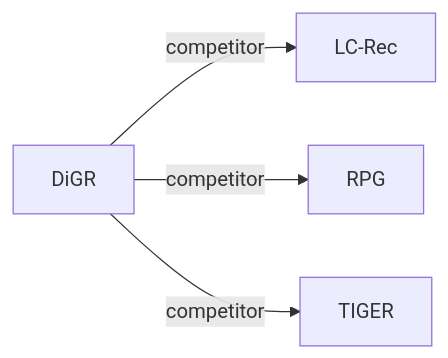
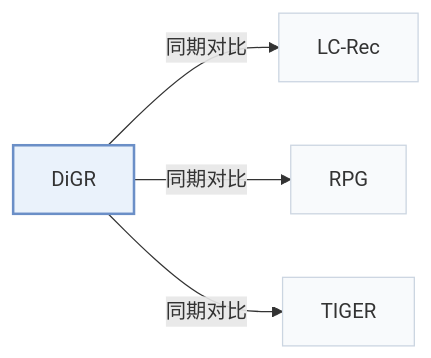
The second of 2 diagrams in pages/zh/papers/digr.md (Galaxy-ghost/Awesome-SID-Generative-Rec), drawn with Mermaid before and after one commit. The commit also changed other lines of this file and 649 other files, not shown here.

Commit message:
writer-05: also tags and modality index (schema, check, build, visuals); summary field removed; calibration data for 12 papers

````diff
--- a/pages/zh/papers/digr.md
+++ b/pages/zh/papers/digr.md
@@ -68,7 +73,11 @@
 ```mermaid
 flowchart LR
     P["DiGR"]
-    P -->|competitor| A["LC-Rec"]
-    P -->|competitor| B["RPG"]
-    P -->|competitor| C["TIGER"]
+    P -->|"同期对比"| A["LC-Rec"]
+    P -->|"同期对比"| B["RPG"]
+    P -->|"同期对比"| C["TIGER"]
+    classDef main fill:#eaf2fb,stroke:#6b8fc7,stroke-width:2px
+    classDef peer fill:#f8fafc,stroke:#cbd5e1
+    class P main
+    class A,B,C peer
 ```
````
